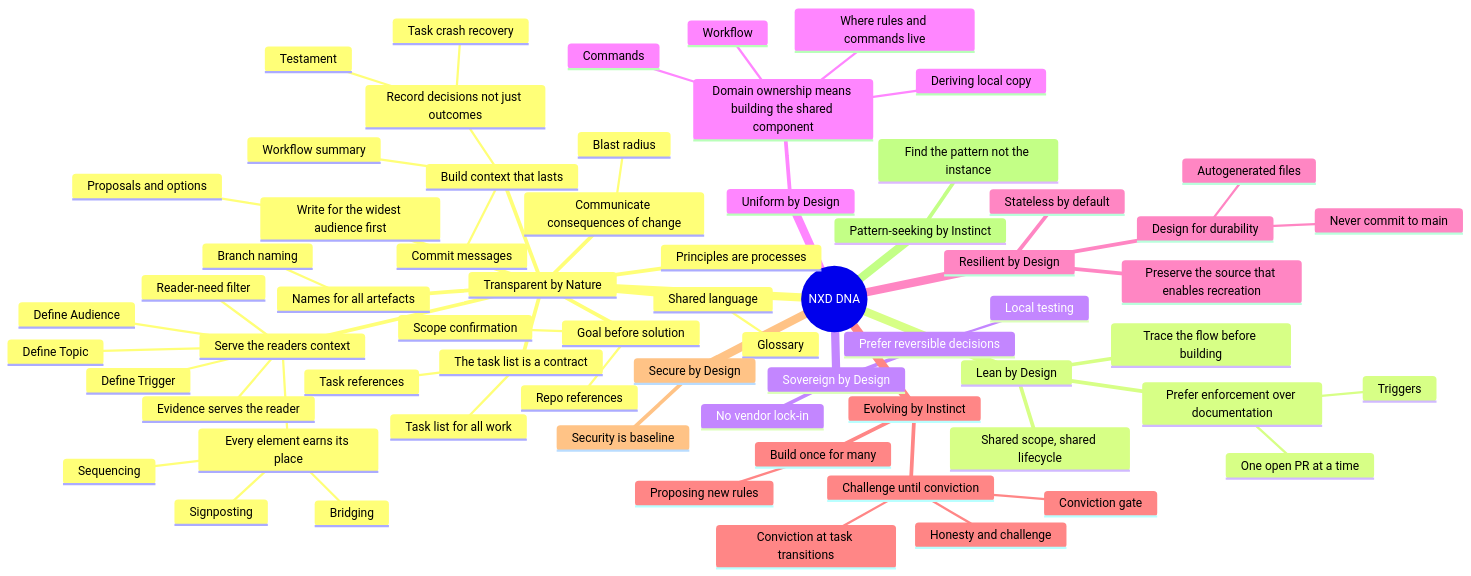
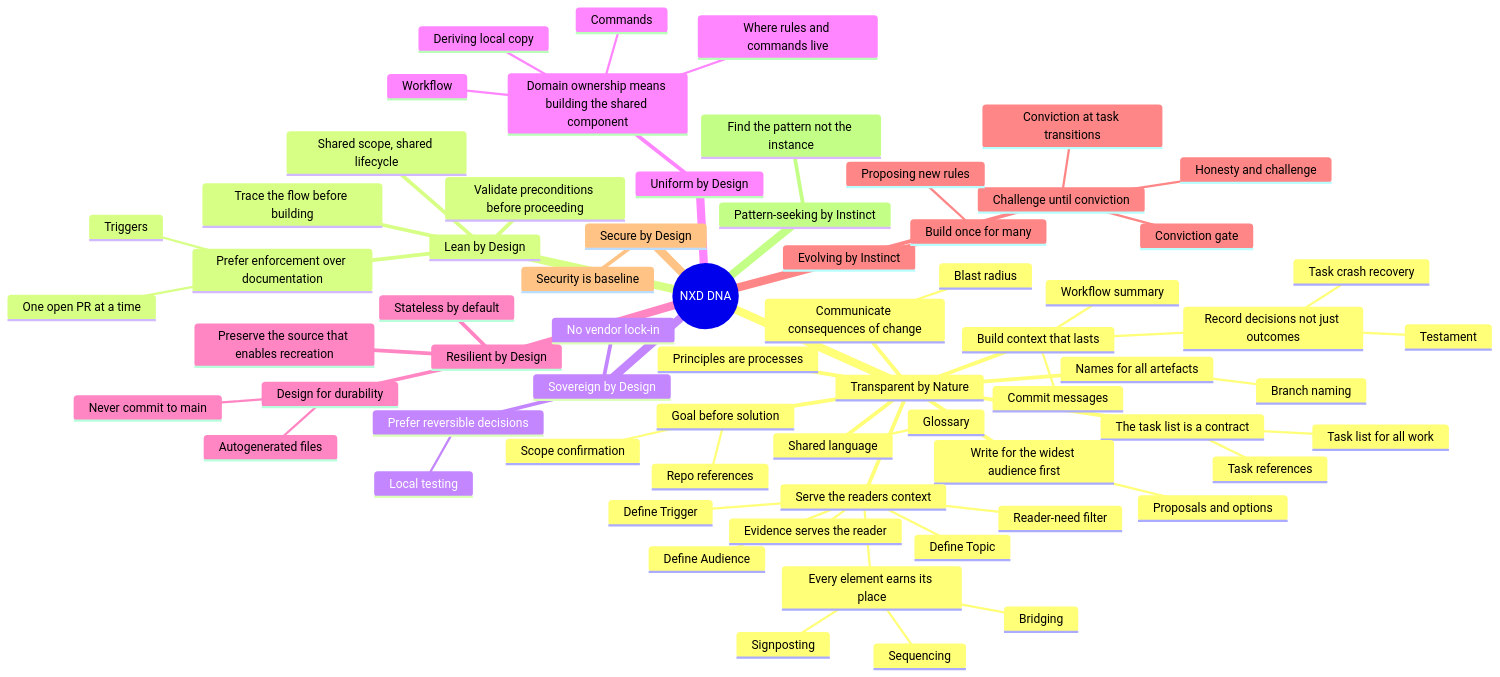
Before and after one commit to NXD-Solutions/.github: the diagram in dna-diagram-test.md, drawn with Mermaid. The commit also changed 4 other files, not shown here.

First line of the commit message:
Add Validate preconditions before proceeding to Lean by Design (#317)

````diff
--- a/dna-diagram-test.md
+++ b/dna-diagram-test.md
@@ -3,69 +3,70 @@
 ```mermaid
 mindmap
   root((NXD DNA))
     Transparent by Nature
       Principles are processes
       Goal before solution
         Scope confirmation
         Repo references
       Build context that lasts
         Commit messages
         Workflow summary
         Record decisions not just outcomes
           Task crash recovery
           Testament
       The task list is a contract
         Task list for all work
         Task references
       Communicate consequences of change
         Blast radius
       Names for all artefacts
         Branch naming
       Write for the widest audience first
         Proposals and options
       Serve the readers context
         Define Audience
         Define Topic
         Define Trigger
         Reader-need filter
         Evidence serves the reader
         Every element earns its place
           Sequencing
           Bridging
           Signposting
       Shared language
         Glossary
     Lean by Design
+      Validate preconditions before proceeding
       Shared scope, shared lifecycle
       Prefer enforcement over documentation
         Triggers
         One open PR at a time
       Trace the flow before building
     Sovereign by Design
       No vendor lock-in
       Prefer reversible decisions
         Local testing
     Uniform by Design
       Domain ownership means building the shared component
         Where rules and commands live
         Workflow
         Deriving local copy
         Commands
     Resilient by Design
       Preserve the source that enables recreation
       Design for durability
         Never commit to main
         Autogenerated files
       Stateless by default
     Evolving by Instinct
       Challenge until conviction
         Honesty and challenge
         Conviction gate
         Conviction at task transitions
       Build once for many
         Proposing new rules
     Secure by Design
       Security is baseline
     Pattern-seeking by Instinct
       Find the pattern not the instance
 ```
````
